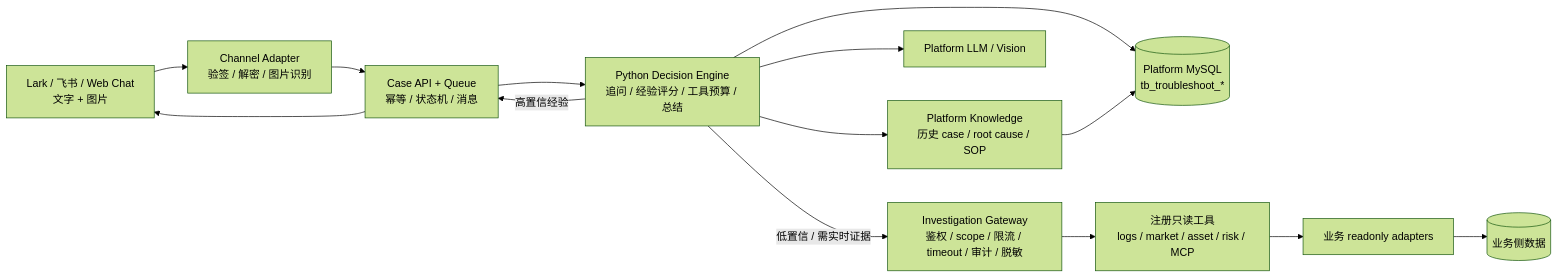
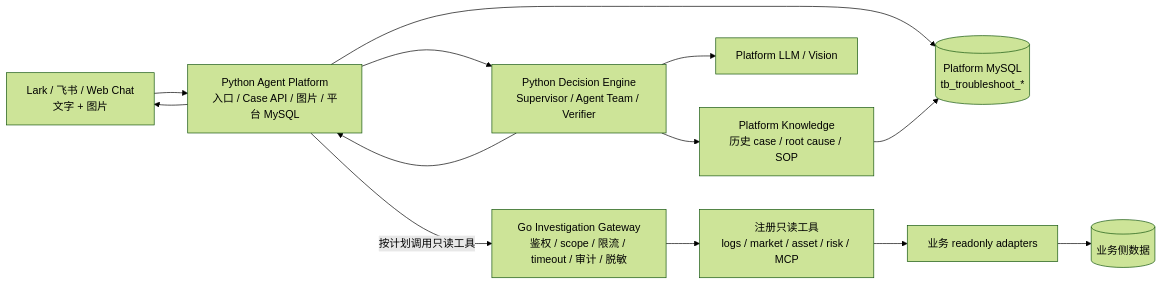
Before and after one commit to Nankis/ai-troubleshooter: the diagram in README.md, drawn with Mermaid (forest theme). The commit also changed other lines of this file and 35 other files, not shown here.

Commit message:
P-2026-035 cut over to Python agent platform

````diff
--- a/README.md
+++ b/README.md
@@ -26,16 +27,15 @@
 ```mermaid
 flowchart LR
-  Input["Lark / 飞书 / Web Chat<br/>文字 + 图片"] --> Intake["Channel Adapter<br/>验签 / 解密 / 图片识别"]
-  Intake --> Case["Case API + Queue<br/>幂等 / 状态机 / 消息"]
-  Case --> Engine["Python Decision Engine<br/>追问 / 经验评分 / 工具预算 / 总结"]
+  Input["Lark / 飞书 / Web Chat<br/>文字 + 图片"] --> Platform["Python Agent Platform<br/>入口 / Case API / 图片 / 平台 MySQL"]
+  Platform --> Engine["Python Decision Engine<br/>Supervisor / Agent Team / Verifier"]
   Engine --> Knowledge["Platform Knowledge<br/>历史 case / root cause / SOP"]
   Engine --> Model["Platform LLM / Vision"]
-  Engine --> Store[("Platform MySQL<br/>tb_troubleshoot_*")]
+  Platform --> Store[("Platform MySQL<br/>tb_troubleshoot_*")]
+  Engine --> Platform
   Knowledge --> Store
-  Engine -- "低置信 / 需实时证据" --> Gateway["Investigation Gateway<br/>鉴权 / scope / 限流 / timeout / 审计 / 脱敏"]
+  Platform -- "按计划调用只读工具" --> Gateway["Go Investigation Gateway<br/>鉴权 / scope / 限流 / timeout / 审计 / 脱敏"]
   Gateway --> Tools["注册只读工具<br/>logs / market / asset / risk / MCP"]
   Tools --> Business["业务 readonly adapters"]
   Business --> BusinessDB[("业务侧数据")]
-  Engine -- "高置信经验" --> Case
-  Case --> Input
+  Platform --> Input
 ```
````
